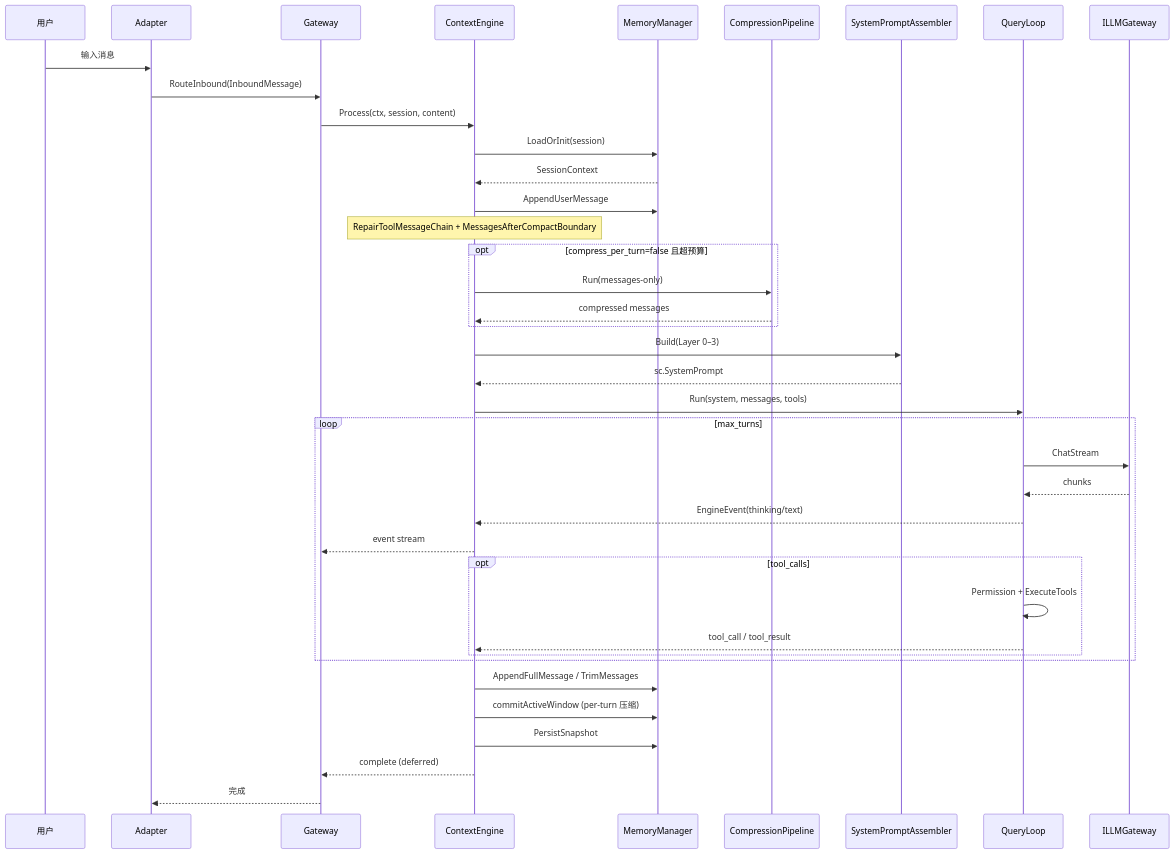
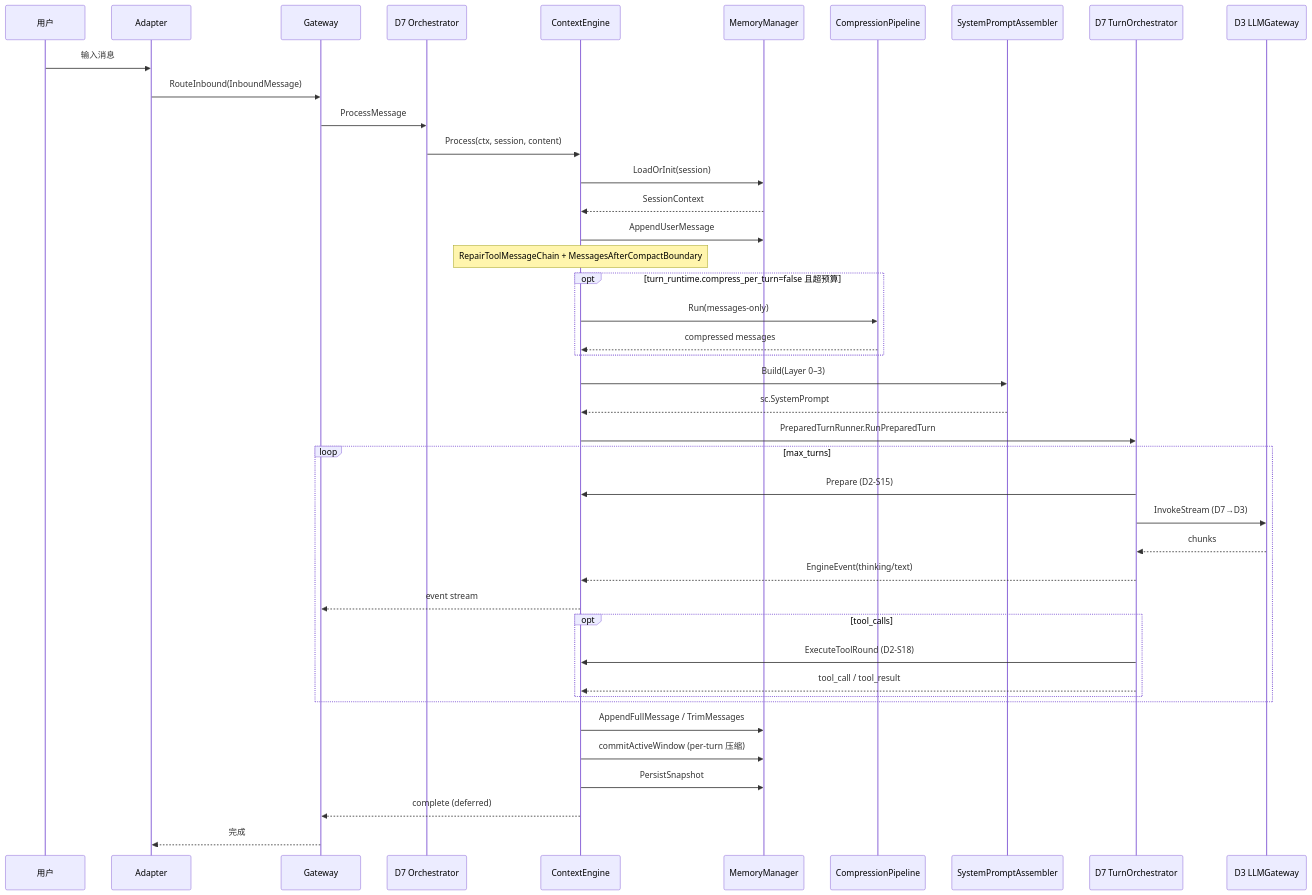
The first of 2 diagrams in openspec/specs/d2-context-engine/design.md (fqntxmqee/devrix), drawn with Mermaid before and after one commit. The commit also changed other lines of this file and 18 other files, not shown here.

First line of the commit message:
docs(specs): sync D2/D5/D7/architecture to v8.0.0 post-QueryLoop dismantle.

````diff
--- a/openspec/specs/d2-context-engine/design.md
+++ b/openspec/specs/d2-context-engine/design.md
@@ -103,43 +103,46 @@
 ```mermaid
 sequenceDiagram
     participant U as 用户
     participant A as Adapter
     participant G as Gateway
+    participant O as D7 Orchestrator
     participant C as ContextEngine
     participant M as MemoryManager
     participant P as CompressionPipeline
     participant A2 as SystemPromptAssembler
-    participant Q as QueryLoop
-    participant L as ILLMGateway
+    participant T as D7 TurnOrchestrator
+    participant L as D3 LLMGateway
 
     U->>A: 输入消息
     A->>G: RouteInbound(InboundMessage)
-    G->>C: Process(ctx, session, content)
+    G->>O: ProcessMessage
+    O->>C: Process(ctx, session, content)
 
     C->>M: LoadOrInit(session)
     M-->>C: SessionContext
     C->>M: AppendUserMessage
     Note over C: RepairToolMessageChain + MessagesAfterCompactBoundary
-    opt compress_per_turn=false 且超预算
+    opt turn_runtime.compress_per_turn=false 且超预算
         C->>P: Run(messages-only)
         P-->>C: compressed messages
     end
     C->>A2: Build(Layer 0–3)
     A2-->>C: sc.SystemPrompt
-    C->>Q: Run(system, messages, tools)
+    C->>T: PreparedTurnRunner.RunPreparedTurn
     loop max_turns
-        Q->>L: ChatStream
-        L-->>Q: chunks
-        Q-->>C: EngineEvent(thinking/text)
+        T->>C: Prepare (D2-S15)
+        T->>L: InvokeStream (D7→D3)
+        L-->>T: chunks
+        T-->>C: EngineEvent(thinking/text)
         C-->>G: event stream
         opt tool_calls
-            Q->>Q: Permission + ExecuteTools
-            Q-->>C: tool_call / tool_result
+            T->>C: ExecuteToolRound (D2-S18)
+            T-->>C: tool_call / tool_result
         end
     end
     C->>M: AppendFullMessage / TrimMessages
     C->>M: commitActiveWindow (per-turn 压缩)
     C->>M: PersistSnapshot
     C-->>G: complete (deferred)
     G-->>A: 完成
 ```
````
